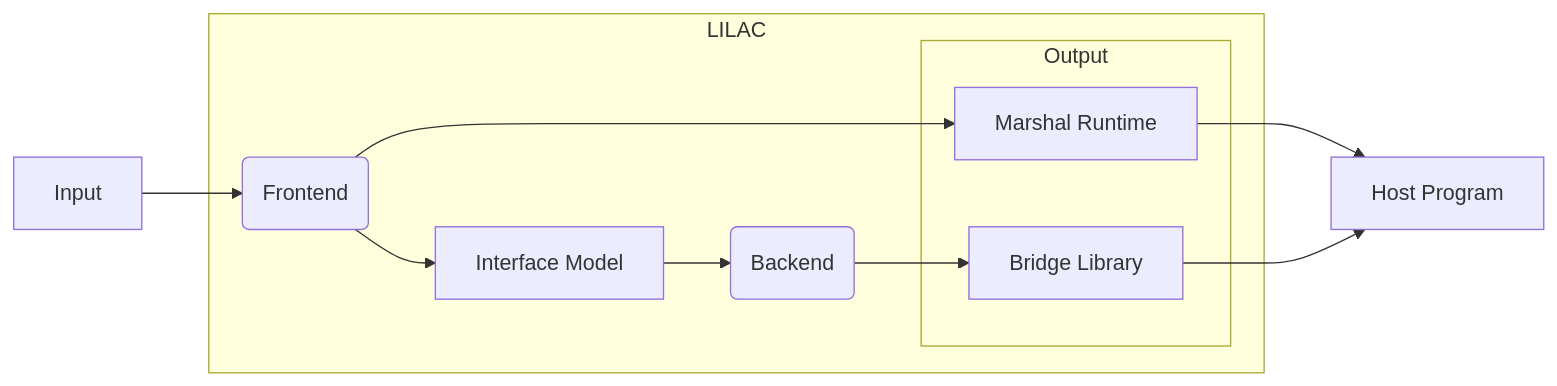
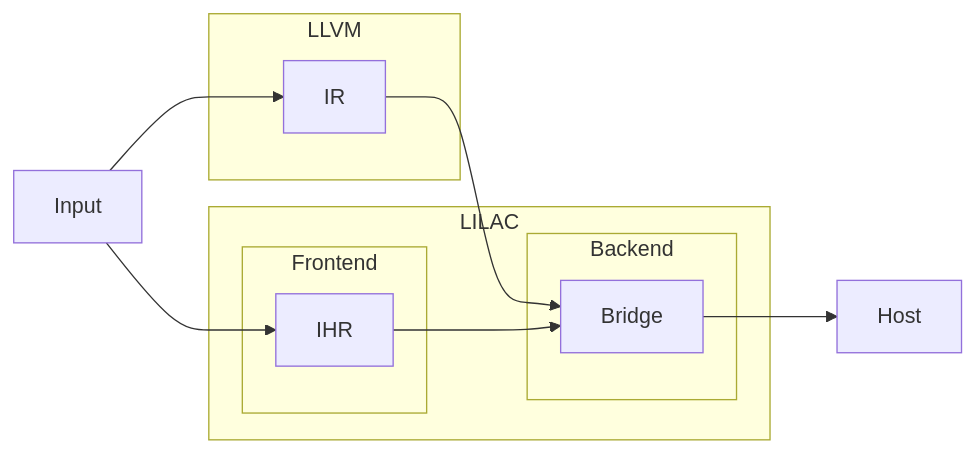
One commit to Sharp0802/lilac changed the first of 2 diagrams in README.md. Above: the diagram before and after it, drawn with Mermaid. The commit also changed other lines of this file, not shown here.

````diff
--- a/README.md
+++ b/README.md
@@ -23,25 +27,27 @@
 ```mermaid
 flowchart LR
-    Input --> Frontend(Frontend)
+    Input --> IR
+    Input --> Hierarchy[IHR]
 
-    Frontend --> Runtime[Marshal Runtime]
-    Frontend --> Interface[Interface Model]
+    IR --> Bridge
+    Hierarchy --> Bridge
 
-    Interface --> Backend(Backend)
-    Backend --> Bridge[Bridge Library]
+    subgraph Frontend
+        Hierarchy
+    end
 
-    subgraph Output
-        Runtime
+    subgraph Backend
         Bridge
+    end
+
+    subgraph LLVM
+        IR
     end
 
     subgraph LILAC
         Frontend
-        Output
-        Interface
         Backend
     end
 
-    Runtime --> Host[Host Program]
     Bridge --> Host
 ```
````
